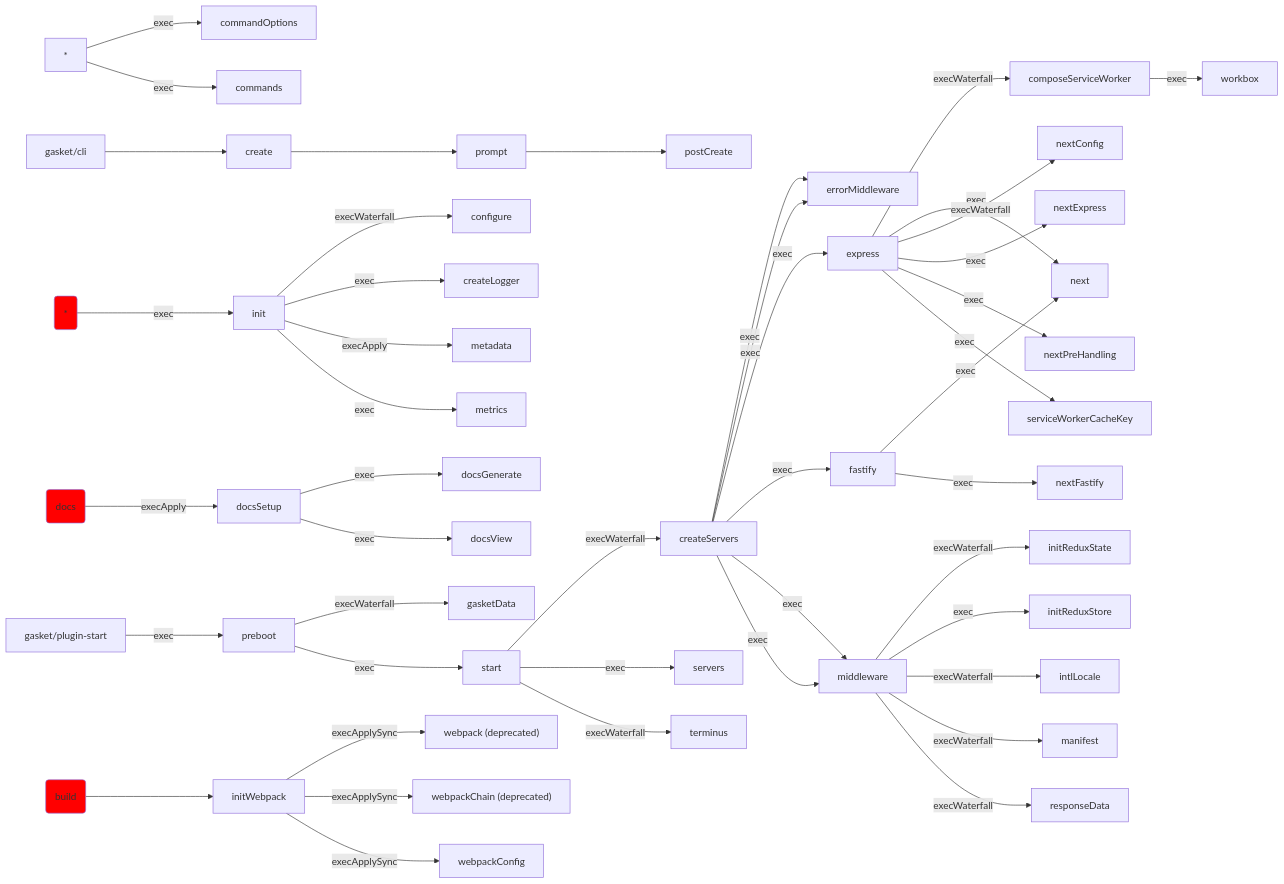
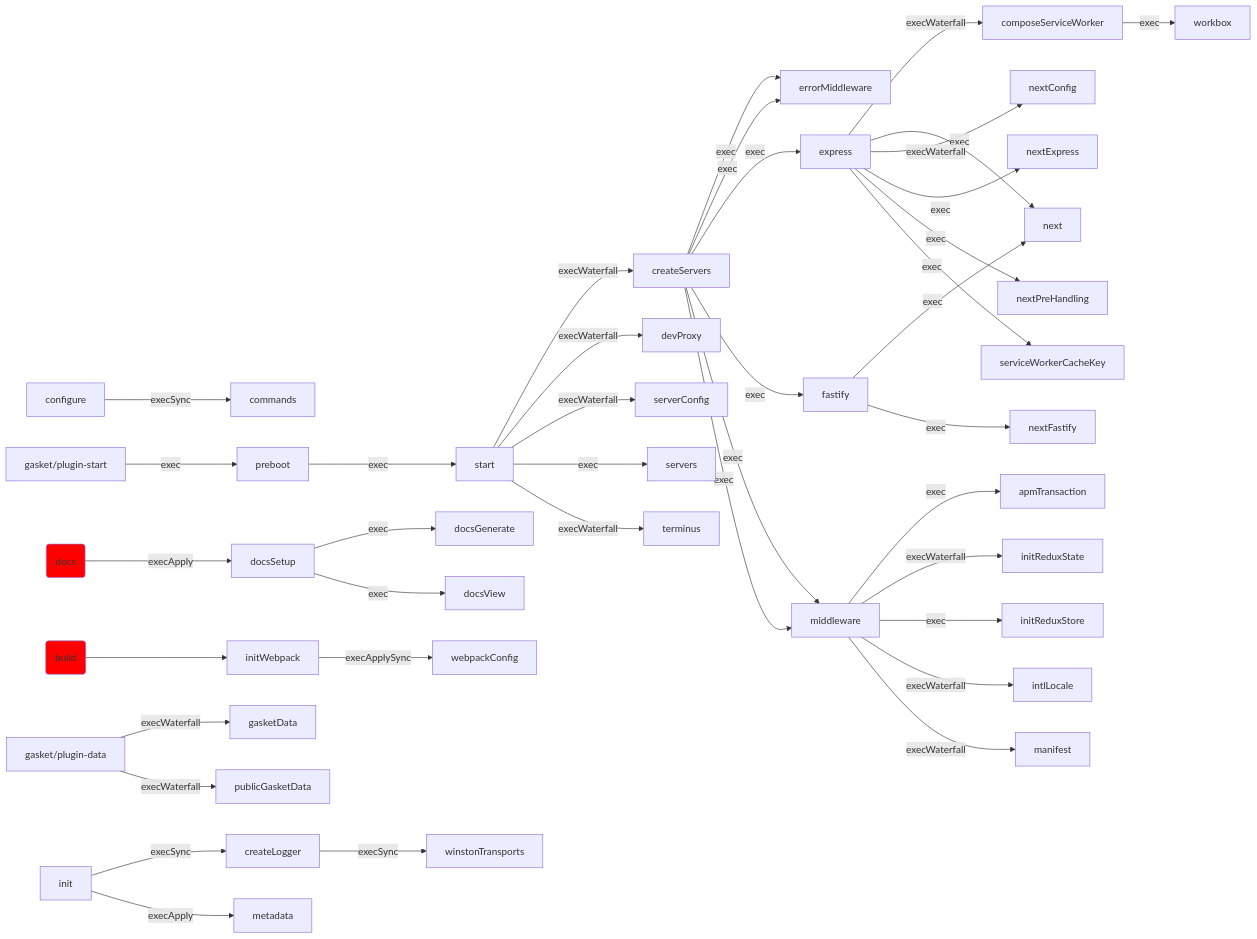
Before and after one commit to godaddy/gasket: the diagram in docs/generated-docs/lifecycle-graphs.md, drawn with Mermaid. The commit also changed 1 other file, not shown here.

Commit message:
regen docs

````diff
--- a/docs/generated-docs/lifecycle-graphs.md
+++ b/docs/generated-docs/lifecycle-graphs.md
@@ -1,49 +1,43 @@
 ```mermaid
 graph LR;
-* -- exec --> commandOptions;
-* -- exec --> commands;
+middleware -- exec --> apmTransaction;
+configure -- execSync --> commands;
 express -- execWaterfall --> composeServiceWorker;
-init -- execWaterfall --> configure;
-gasket/cli --> create;
-init -- exec --> createLogger;
+init -- execSync --> createLogger;
 start -- execWaterfall --> createServers;
+start -- execWaterfall --> devProxy;
 docsSetup -- exec --> docsGenerate;
 docs-cmd(docs) -- execApply --> docsSetup;
 docsSetup -- exec --> docsView;
 createServers -- exec --> errorMiddleware;
 createServers -- exec --> errorMiddleware;
 createServers -- exec --> express;
 createServers -- exec --> fastify;
-preboot -- execWaterfall --> gasketData;
-*-cmd(*) -- exec --> init;
+gasket/plugin-data -- execWaterfall --> gasketData;
 middleware -- execWaterfall --> initReduxState;
 middleware -- exec --> initReduxStore;
 build-cmd(build) --> initWebpack;
 middleware -- execWaterfall --> intlLocale;
 middleware -- execWaterfall --> manifest;
 init -- execApply --> metadata;
-init -- exec --> metrics;
 createServers -- exec --> middleware;
 createServers -- exec --> middleware;
 express -- exec --> next;
 fastify -- exec --> next;
 express -- execWaterfall --> nextConfig;
 express -- exec --> nextExpress;
 fastify -- exec --> nextFastify;
 express -- exec --> nextPreHandling;
-prompt --> postCreate;
 gasket/plugin-start -- exec --> preboot;
-create --> prompt;
-middleware -- execWaterfall --> responseData;
+gasket/plugin-data -- execWaterfall --> publicGasketData;
+start -- execWaterfall --> serverConfig;
 start -- exec --> servers;
 express -- exec --> serviceWorkerCacheKey;
 preboot -- exec --> start;
 start -- execWaterfall --> terminus;
-initWebpack -- execApplySync --> webpack["webpack (deprecated)"];
-initWebpack -- execApplySync --> webpackChain["webpackChain (deprecated)"];
 initWebpack -- execApplySync --> webpackConfig;
+createLogger -- execSync --> winstonTransports;
 composeServiceWorker -- exec --> workbox;
 style docs-cmd fill: red;
-style *-cmd fill: red;
 style build-cmd fill: red;
 ```
````
